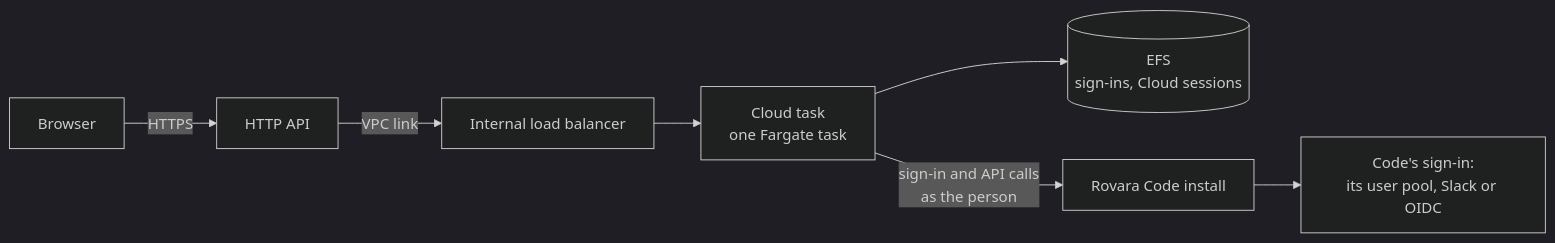
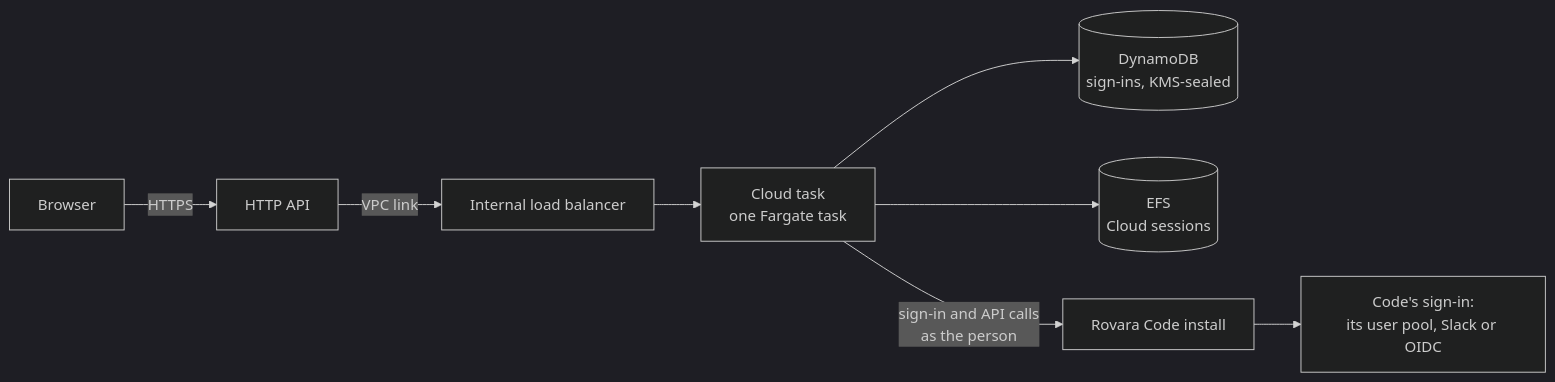
One commit to rovaracli/rovara changed the diagram in docs/rovara-cloud-install.md. Above: the diagram before and after it, drawn with Mermaid (dark theme). The commit also changed other lines of this file and 24 other files, not shown here.

First line of the commit message:
feat(cloud-server): stored logins in DynamoDB, KMS-sealed, with limits, refresh hold and revoke (ID part 4) (#34)

````diff
--- a/docs/rovara-cloud-install.md
+++ b/docs/rovara-cloud-install.md
@@ -15,9 +15,10 @@
 ```mermaid
 flowchart LR
   B[Browser] -->|HTTPS| A[HTTP API]
   A -->|VPC link| L[Internal load balancer]
   L --> T[Cloud task<br/>one Fargate task]
-  T --> E[(EFS<br/>sign-ins, Cloud sessions)]
+  T --> D[(DynamoDB<br/>sign-ins, KMS-sealed)]
+  T --> E[(EFS<br/>Cloud sessions)]
   T -->|sign-in and API calls<br/>as the person| C[Rovara Code install]
   C --> P[Code's sign-in:<br/>its user pool, Slack or OIDC]
 ```
````
